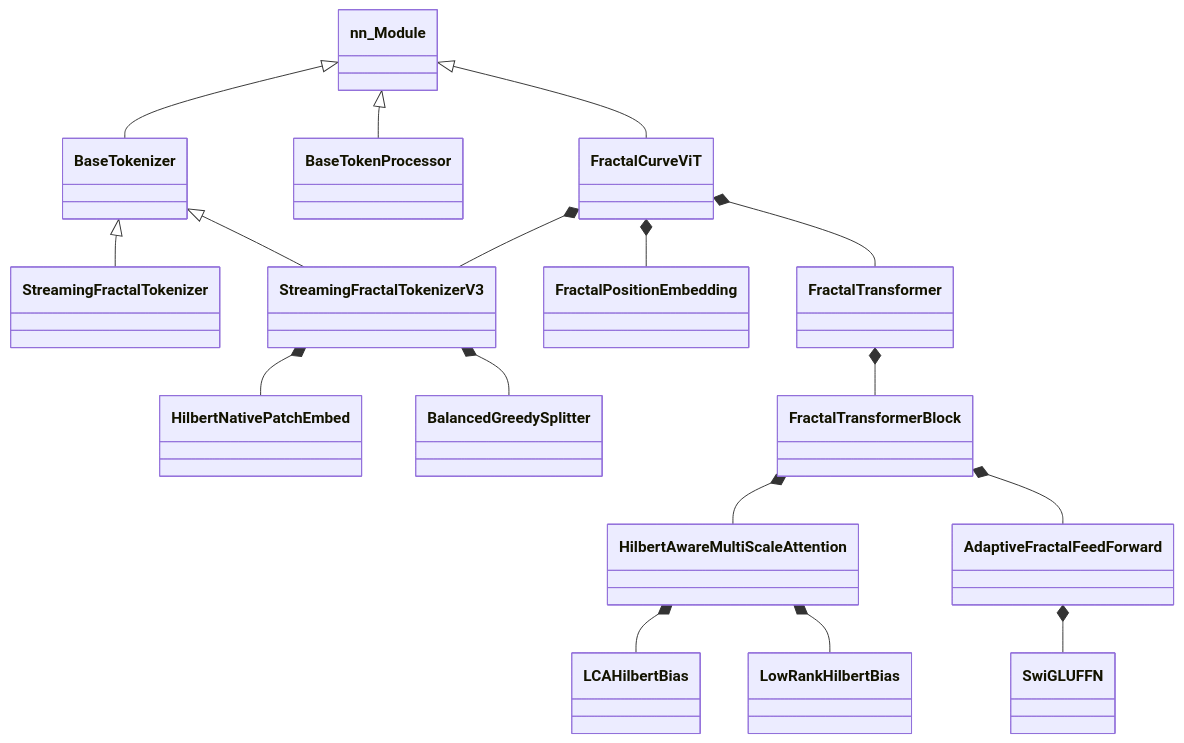
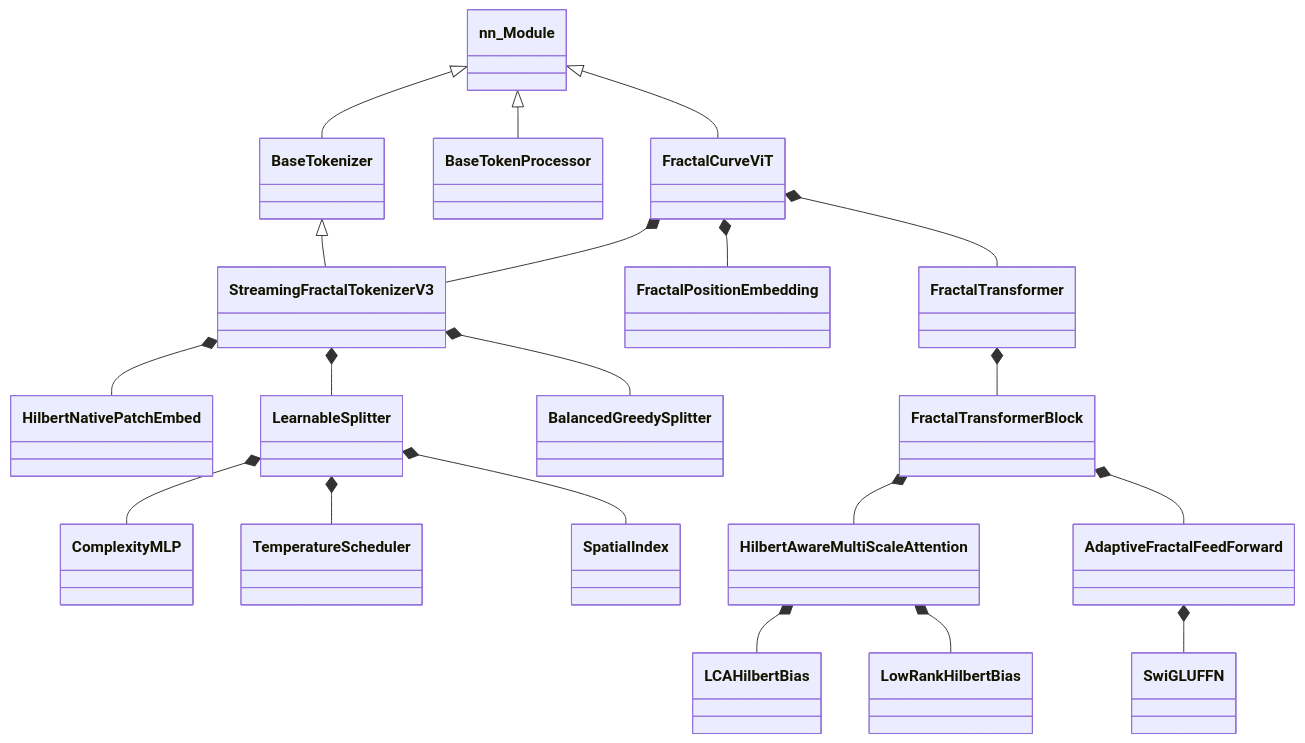
One commit to LoopyBrainie/fractal-curve-tokenizer changed the diagram in documents/appendix.md. Above: the diagram before and after it, drawn with Mermaid. The commit also changed other lines of this file and 7 other files, not shown here.

First line of the commit message:
feat: Add formal design and analysis for Learnable Splitter

````diff
--- a/documents/appendix.md
+++ b/documents/appendix.md
@@ -5,24 +5,28 @@
 ```mermaid
 classDiagram
     nn_Module <|-- BaseTokenizer
     nn_Module <|-- BaseTokenProcessor
     nn_Module <|-- FractalCurveViT
 
-    BaseTokenizer <|-- StreamingFractalTokenizer
     BaseTokenizer <|-- StreamingFractalTokenizerV3
 
     FractalCurveViT *-- StreamingFractalTokenizerV3
     FractalCurveViT *-- FractalPositionEmbedding
     FractalCurveViT *-- FractalTransformer
 
     FractalTransformer *-- FractalTransformerBlock
     FractalTransformerBlock *-- HilbertAwareMultiScaleAttention
     FractalTransformerBlock *-- AdaptiveFractalFeedForward
 
     HilbertAwareMultiScaleAttention *-- LCAHilbertBias
     HilbertAwareMultiScaleAttention *-- LowRankHilbertBias
     AdaptiveFractalFeedForward *-- SwiGLUFFN
     
     StreamingFractalTokenizerV3 *-- HilbertNativePatchEmbed
+    StreamingFractalTokenizerV3 *-- LearnableSplitter
     StreamingFractalTokenizerV3 *-- BalancedGreedySplitter
+    
+    LearnableSplitter *-- ComplexityMLP
+    LearnableSplitter *-- TemperatureScheduler
+    LearnableSplitter *-- SpatialIndex
 ```
````
